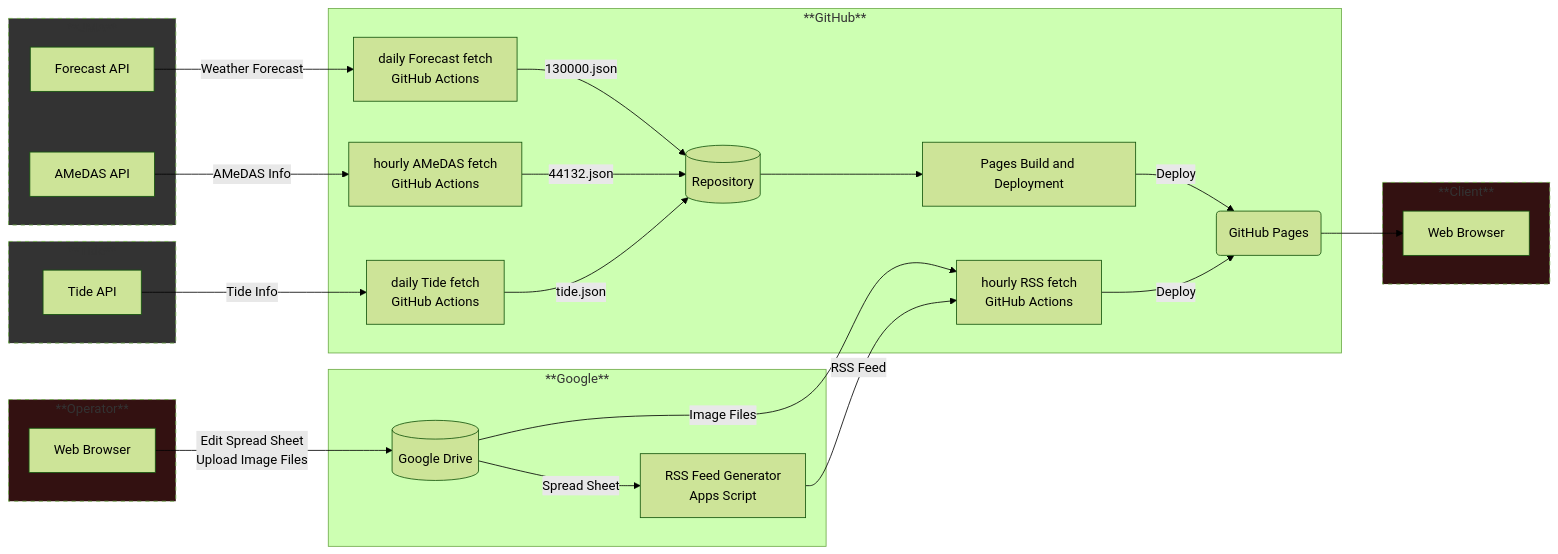
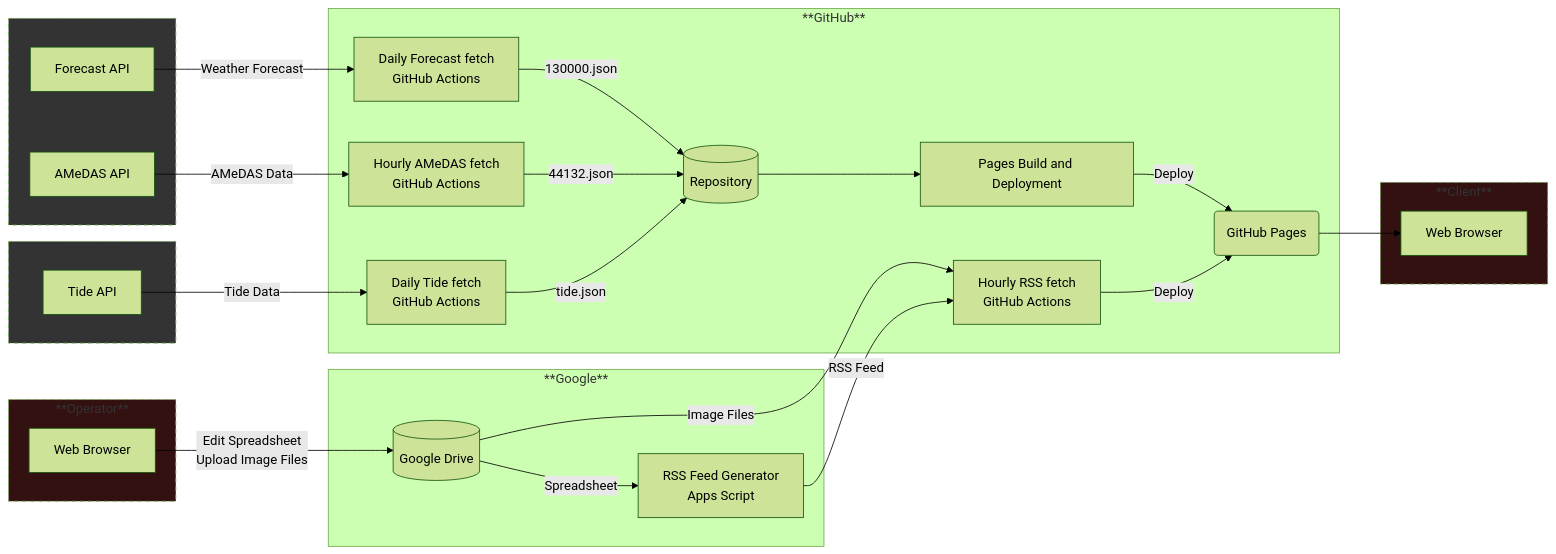
Before and after one commit to c1t0d0s0/phs: the diagram in architecture.md, drawn with Mermaid (forest theme).

````diff
--- a/architecture.md
+++ b/architecture.md
@@ -1,59 +1,59 @@
 ```mermaid
 flowchart LR
   subgraph GitHub[**GitHub**]
     repository[(Repository)]
     actions_deploy[Pages Build and Deployment]
-    actions_forecast[daily Forecast fetch<br>GitHub Actions]
-    actions_amedas[hourly AMeDAS fetch<br>GitHub Actions]
-    actions_rss[hourly RSS fetch<br>GitHub Actions]
-    actions_tide[daily Tide fetch<br>GitHub Actions]
+    actions_forecast[Daily Forecast fetch<br>GitHub Actions]
+    actions_amedas[Hourly AMeDAS fetch<br>GitHub Actions]
+    actions_rss[Hourly RSS fetch<br>GitHub Actions]
+    actions_tide[Daily Tide fetch<br>GitHub Actions]
     pages(GitHub Pages)
   end
 
   subgraph Google[**Google**]
     drive[(Google Drive)]
     apps[RSS Feed Generator<br>Apps Script]
   end
 
   subgraph JMA[**JMA**]
     forecast_api[Forecast API]
     amedas_api[AMeDAS API]
   end
   style JMA fill:#333333, stroke-dasharray: 5 5
 
   subgraph Tide[**Tide**]
     tide_api[Tide API]
   end
   style Tide fill:#333333, stroke-dasharray: 5 5
 
   subgraph Client[**Client**]
     web_browser[Web Browser]
   end
   style Client fill:#331111, stroke-dasharray: 5 5
 
   subgraph Operator[**Operator**]
     web_browser2[Web Browser]
   end
   style Operator fill:#331111, stroke-dasharray: 5 5
 
   repository --> actions_deploy
   actions_deploy -->|Deploy| pages
 
-  drive -->|Spread Sheet| apps
+  drive -->|Spreadsheet| apps
   drive -->|Image Files| actions_rss
   apps -->|RSS Feed| actions_rss
   actions_rss -->|Deploy| pages
 
   forecast_api -->|Weather Forecast| actions_forecast
   actions_forecast -->|130000.json| repository
 
-  amedas_api -->|AMeDAS Info| actions_amedas
+  amedas_api -->|AMeDAS Data| actions_amedas
   actions_amedas -->|44132.json| repository
 
-  tide_api -->|Tide Info| actions_tide
+  tide_api -->|Tide Data| actions_tide
   actions_tide -->|tide.json| repository
 
   pages --> web_browser
 
-  web_browser2 -->|Edit Spread Sheet<br>Upload Image Files| drive
+  web_browser2 -->|Edit Spreadsheet<br>Upload Image Files| drive
 ```
````
